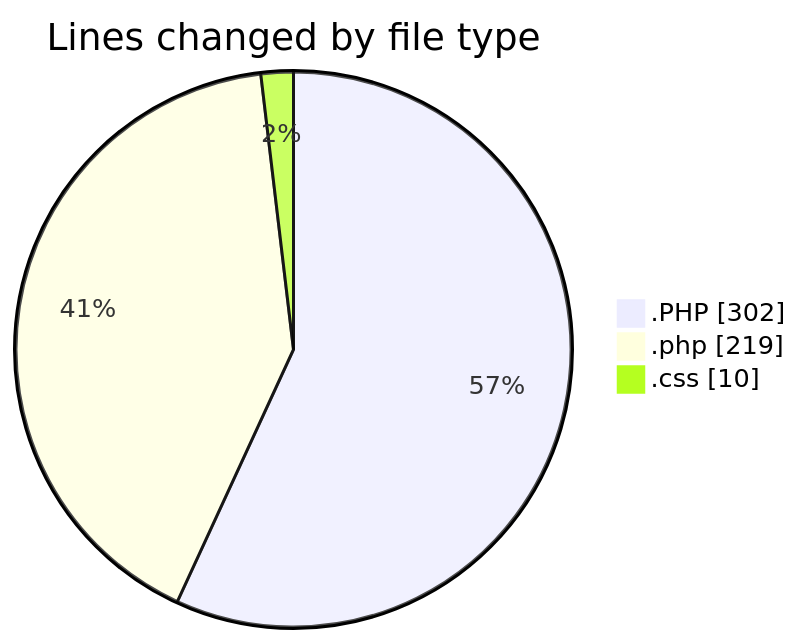
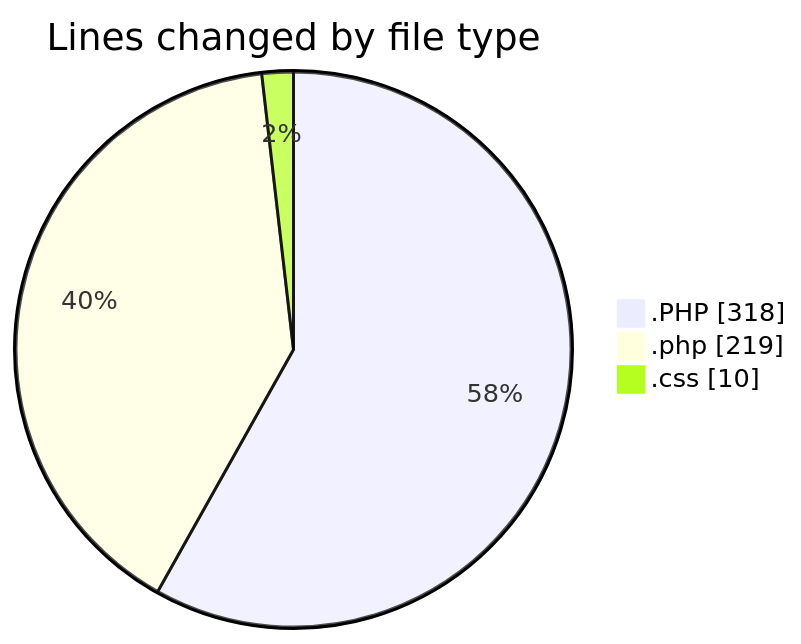
One commit to LanceThiago/code-tracking changed the first of 2 diagrams in 2025-05-15/jogo/README.md. Above: the diagram before and after it, drawn with Mermaid. The commit also changed other lines of this file and 1 other file, not shown here.

````diff
--- a/2025-05-15/jogo/README.md
+++ b/2025-05-15/jogo/README.md
@@ -22,7 +22,7 @@
 ```mermaid
 pie showData
 title Lines changed by file type
-".PHP" : 302
+".PHP" : 318
 ".php" : 219
 ".css" : 10
 ```
````
